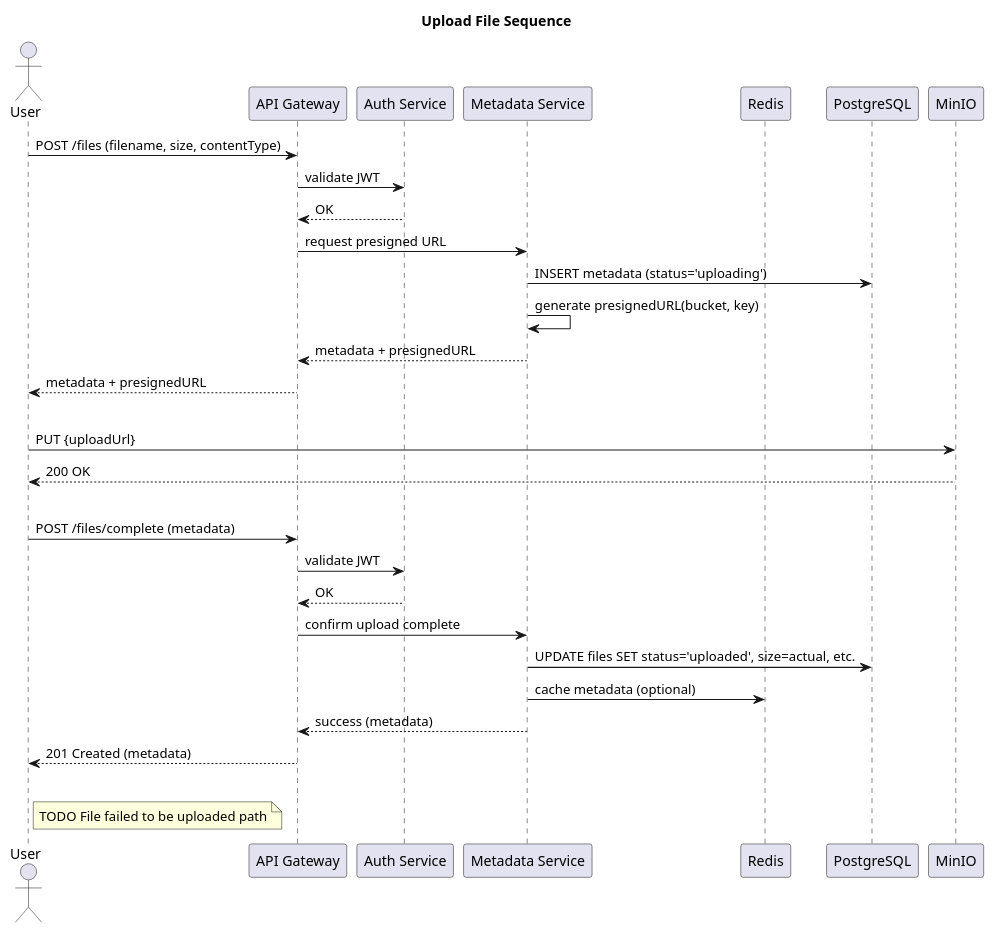
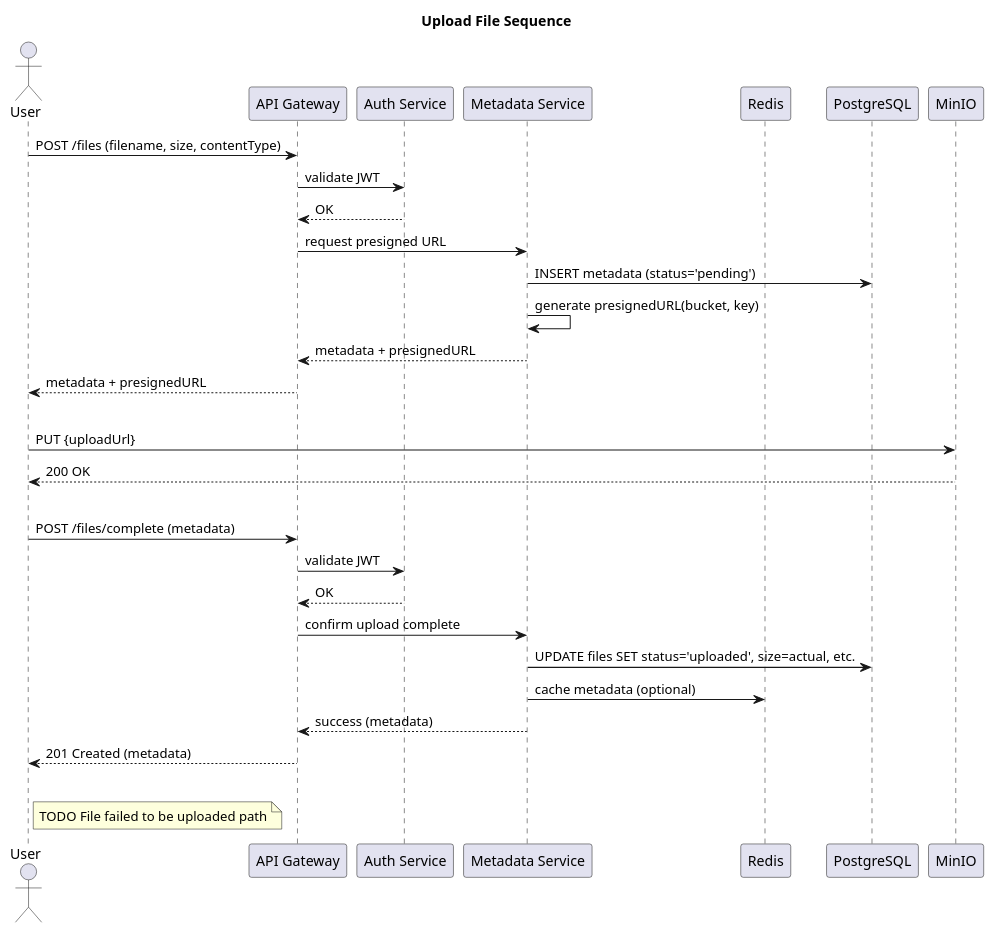
Before and after one commit to AndreiIauchuk/dropvox: the diagram in diagrams/upload_flow_seq.puml, drawn with PlantUML. The commit also changed 4 other files, not shown here.

Commit message:
impl upload flow continuation

```diff
--- a/diagrams/upload_flow_seq.puml
+++ b/diagrams/upload_flow_seq.puml
@@ -1,35 +1,35 @@
 @startuml upload_file_seq
 title Upload File Sequence
 
 actor "User" as user
 participant "API Gateway" as gate
 participant "Auth Service" as auth
 participant "Metadata Service" as metadata
 participant "Redis" as redis
 participant "PostgreSQL" as db
 participant "MinIO" as s3
 
 user -> gate: POST /files (filename, size, contentType)
 gate -> auth: validate JWT
 auth --> gate: OK
 gate -> metadata: request presigned URL
-metadata -> db: INSERT metadata (status='uploading')
+metadata -> db: INSERT metadata (status='pending')
 metadata -> metadata: generate presignedURL(bucket, key)
 metadata --> gate: metadata + presignedURL
 gate --> user: metadata + presignedURL
 |||
 user -> s3: PUT {uploadUrl}
 s3 --> user: 200 OK
 |||
 user -> gate: POST /files/complete (metadata)
 gate -> auth: validate JWT
 auth --> gate: OK
 gate -> metadata: confirm upload complete
 metadata -> db: UPDATE files SET status='uploaded', size=actual, etc.
 metadata -> redis: cache metadata (optional)
 metadata --> gate: success (metadata)
 gate --> user: 201 Created (metadata)
 |||
 
 note right of user : TODO File failed to be uploaded path
 @enduml
```
